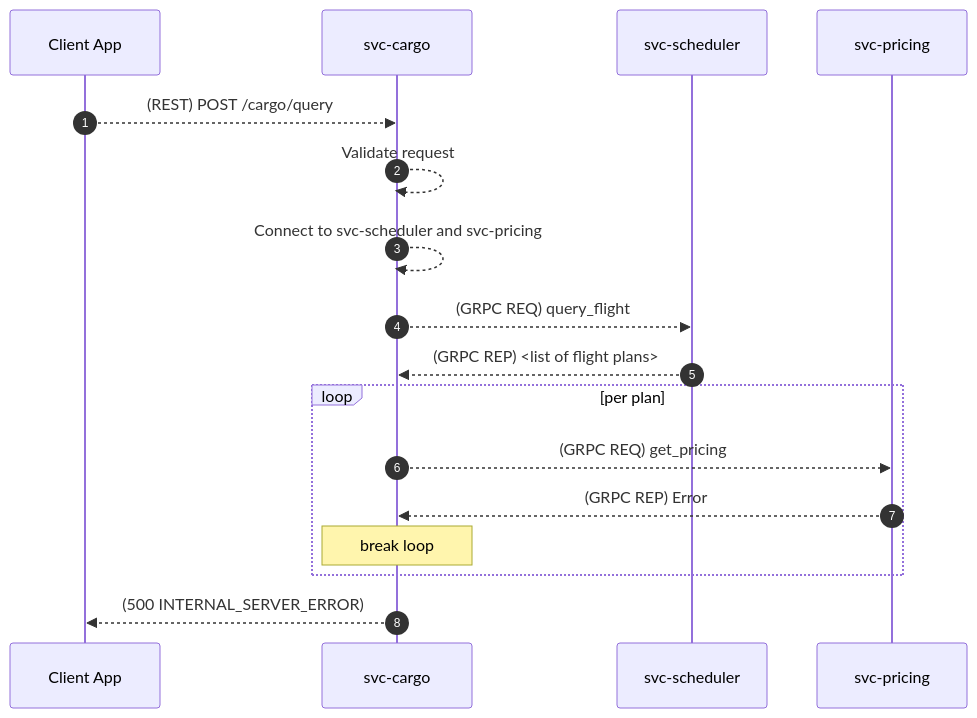
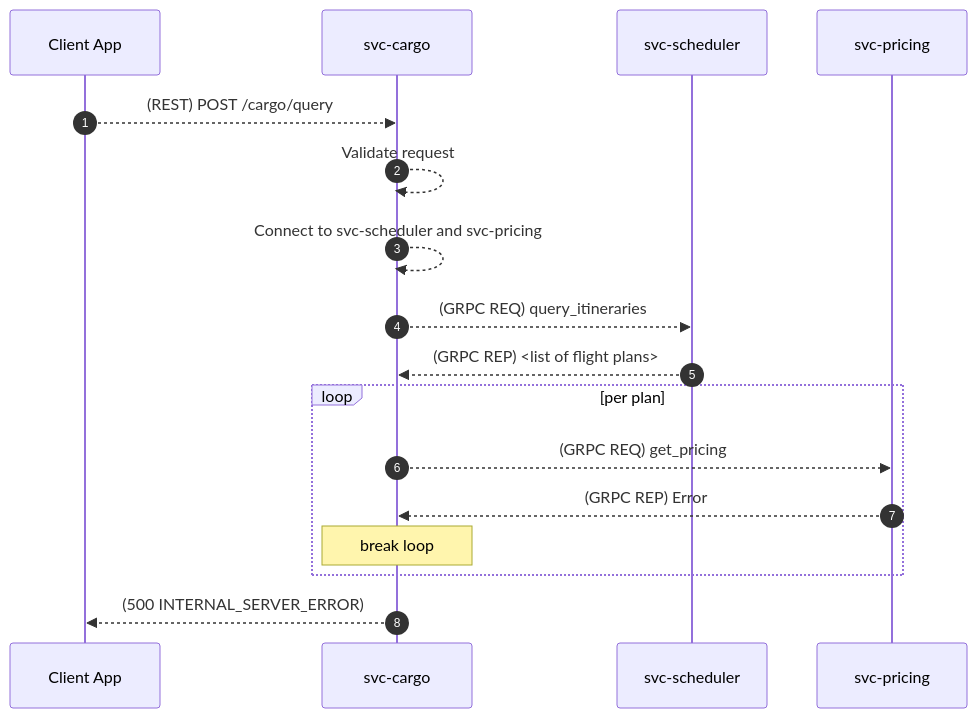
Before and after one commit to aetheric-oss/svc-cargo: the eighth of 25 diagrams in docs/sdd.md, drawn with Mermaid. The commit also changed other lines of this file and 18 other files, not shown here.

````diff
--- a/docs/sdd.md
+++ b/docs/sdd.md
@@ -198,21 +200,21 @@
 ```mermaid
 sequenceDiagram
     autonumber
     participant client as Client App
     participant cargo as svc-cargo
     participant scheduler as svc-scheduler
     participant pricing as svc-pricing
     client-->>cargo: (REST) POST /cargo/query
     cargo-->>cargo: Validate request
     cargo-->>cargo: Connect to svc-scheduler and svc-pricing
-    cargo-->>scheduler: (GRPC REQ) query_flight
+    cargo-->>scheduler: (GRPC REQ) query_itineraries
     scheduler-->>cargo: (GRPC REP) <list of flight plans>
 
     loop per plan
         cargo-->>pricing: (GRPC REQ) get_pricing
         pricing-->>cargo: (GRPC REP) Error
         note over cargo: break loop
     end
 
     cargo-->>client: (500 INTERNAL_SERVER_ERROR)
 ```
````
